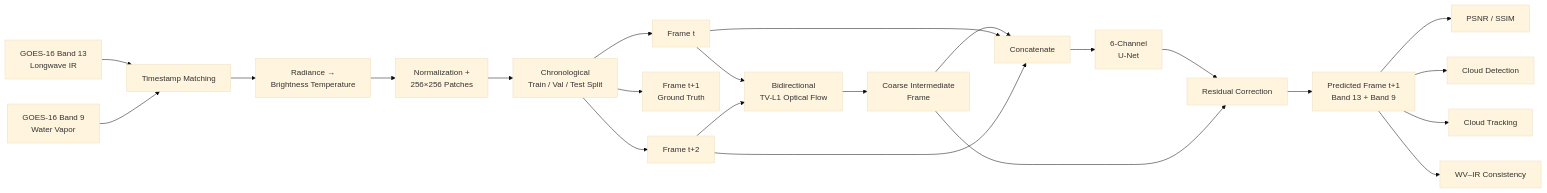
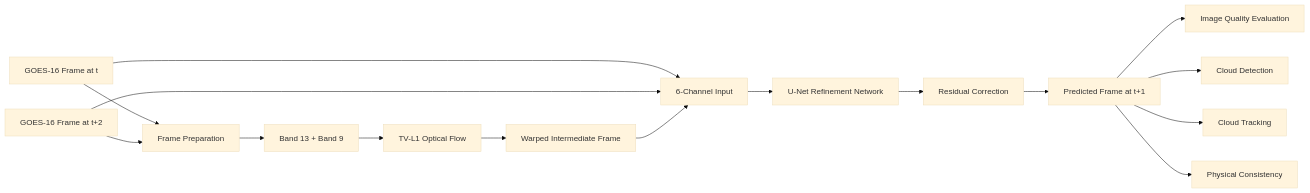
The first of 4 diagrams in README.md (SrimathiSubbiah/Increasing_Temporal_Resolution_Of_Geostationary_Satellite), drawn with Mermaid (base theme) before and after one commit. The commit also changed other lines of this file, not shown here.

````diff
--- a/README.md
+++ b/README.md
@@ -127,35 +56,24 @@
 ```mermaid
 flowchart LR
 
-    A["GOES-16 Band 13<br/>Longwave IR"] --> C["Timestamp Matching"]
-    B["GOES-16 Band 9<br/>Water Vapor"] --> C
+A[GOES-16 Frame at t] --> C[Frame Preparation]
+B[GOES-16 Frame at t+2] --> C
 
-    C --> D["Radiance →<br/>Brightness Temperature"]
-    D --> E["Normalization +<br/>256×256 Patches"]
-    E --> F["Chronological<br/>Train / Val / Test Split"]
+C --> D[Band 13 + Band 9]
+D --> E[TV-L1 Optical Flow]
+E --> F[Warped Intermediate Frame]
 
-    F --> G["Frame t"]
-    F --> H["Frame t+1<br/>Ground Truth"]
-    F --> I["Frame t+2"]
+A --> G[6-Channel Input]
+B --> G
+F --> G
 
-    G --> J["Bidirectional<br/>TV-L1 Optical Flow"]
-    I --> J
+G --> H[U-Net Refinement Network]
 
-    J --> K["Coarse Intermediate<br/>Frame"]
+H --> I[Residual Correction]
+I --> J[Predicted Frame at t+1]
 
-    K --> L["Concatenate"]
-    G --> L
-    I --> L
-
-    L --> M["6-Channel<br/>U-Net"]
-
-    M --> N["Residual Correction"]
-    K --> N
-
-    N --> O["Predicted Frame t+1<br/>Band 13 + Band 9"]
-
-    O --> P["PSNR / SSIM"]
-    O --> Q["Cloud Detection"]
-    O --> R["Cloud Tracking"]
-    O --> S["WV–IR Consistency"]
+J --> K[Image Quality Evaluation]
+J --> L[Cloud Detection]
+J --> M[Cloud Tracking]
+J --> N[Physical Consistency]
 ```
````
